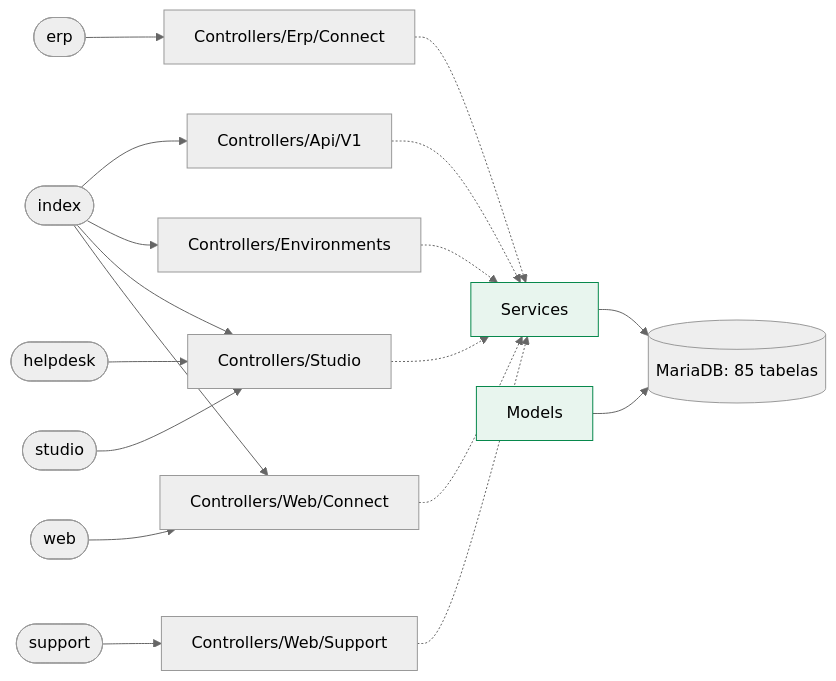
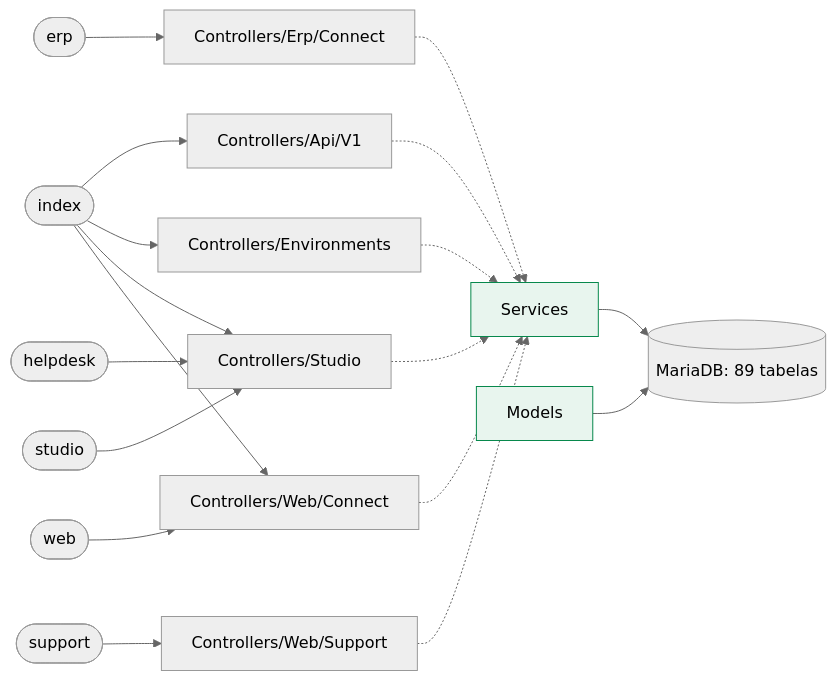
One commit to djalmamartins/connect-erp changed the first of 2 diagrams in docs/map/README.md. Above: the diagram before and after it, drawn with Mermaid (neutral theme). The commit also changed other lines of this file and 1 other file, not shown here.

````diff
--- a/docs/map/README.md
+++ b/docs/map/README.md
@@ -13,30 +13,30 @@
 ```mermaid
 flowchart LR
   env_erp(["erp"])
   env_erp --> pkg_Controllers_Erp_Connect["Controllers/Erp/Connect"]
   env_helpdesk(["helpdesk"])
   env_helpdesk --> pkg_Controllers_Studio["Controllers/Studio"]
   env_index(["index"])
   env_index --> pkg_Controllers_Api_V1["Controllers/Api/V1"]
   env_index --> pkg_Controllers_Environments["Controllers/Environments"]
   env_index --> pkg_Controllers_Studio["Controllers/Studio"]
   env_index --> pkg_Controllers_Web_Connect["Controllers/Web/Connect"]
   env_studio(["studio"])
   env_studio --> pkg_Controllers_Studio["Controllers/Studio"]
   env_support(["support"])
   env_support --> pkg_Controllers_Web_Support["Controllers/Web/Support"]
   env_web(["web"])
   env_web --> pkg_Controllers_Web_Connect["Controllers/Web/Connect"]
   pkg_svc["Services"]:::svc
   pkg_mdl["Models"]:::svc
-  db[("MariaDB: 85 tabelas")]
+  db[("MariaDB: 89 tabelas")]
   pkg_Controllers_Api_V1 -.-> pkg_svc
   pkg_Controllers_Environments -.-> pkg_svc
   pkg_Controllers_Erp_Connect -.-> pkg_svc
   pkg_Controllers_Studio -.-> pkg_svc
   pkg_Controllers_Web_Connect -.-> pkg_svc
   pkg_Controllers_Web_Support -.-> pkg_svc
   pkg_svc --> db
   pkg_mdl --> db
   classDef svc fill:#e8f5ee,stroke:#07884c
 ```
````
